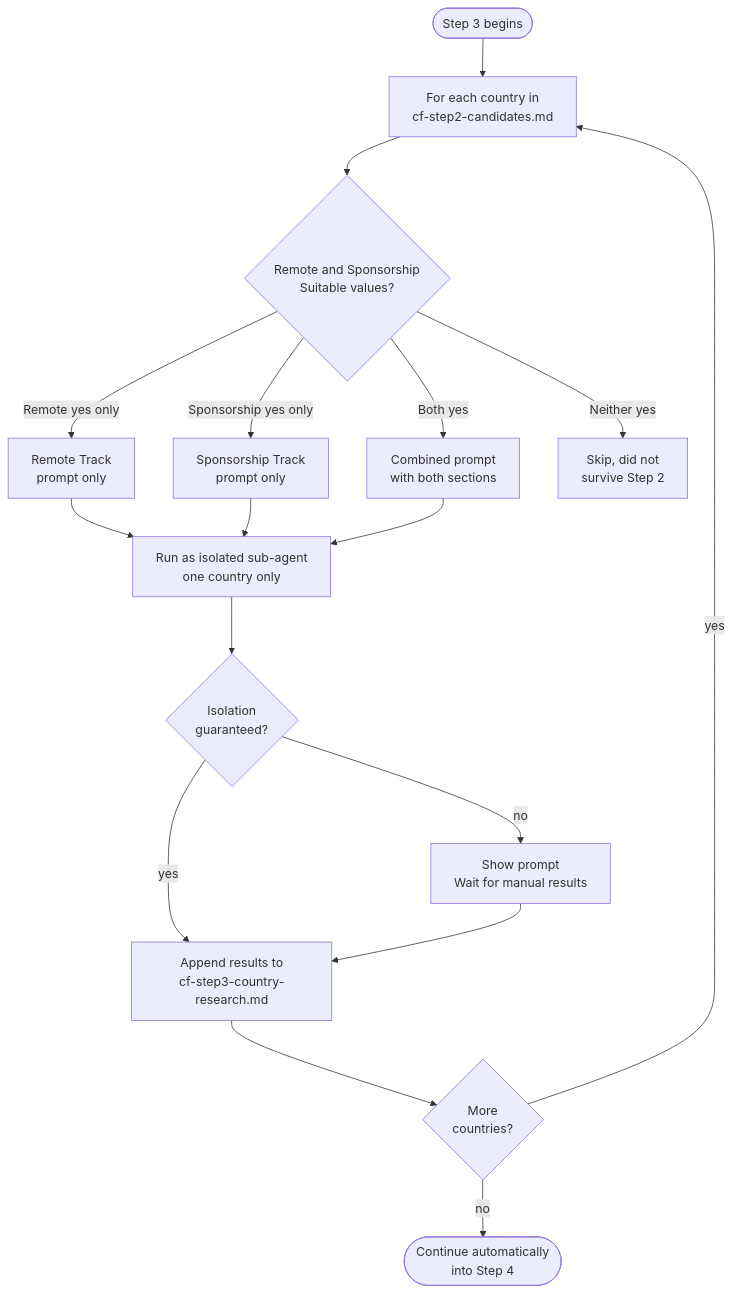
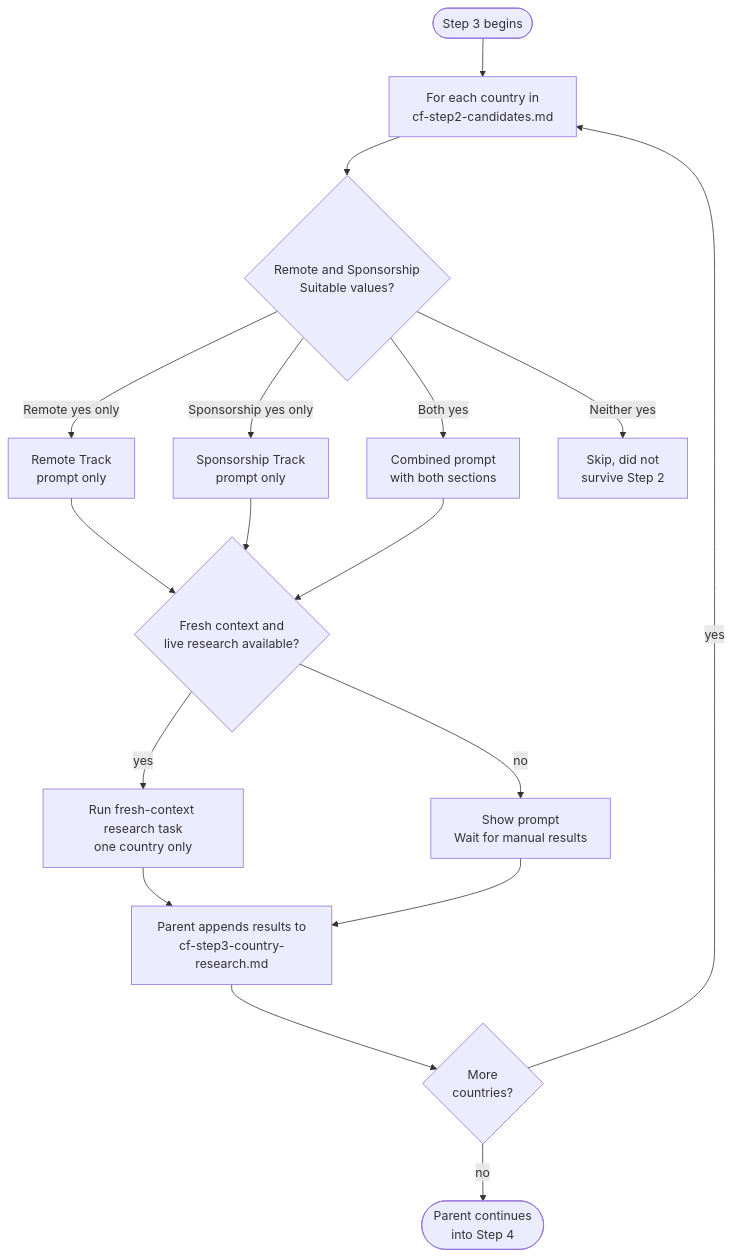
One commit to myowinthein/agent-compass changed the diagram in docs/commands/country-finder/step3-research-prompt-generator.md. Above: the diagram before and after it, drawn with Mermaid. The commit also changed other lines of this file and 41 other files, not shown here.

Commit message:
fix(workflows): fix shared workflow research and results

````diff
--- a/docs/commands/country-finder/step3-research-prompt-generator.md
+++ b/docs/commands/country-finder/step3-research-prompt-generator.md
@@ -14,19 +14,19 @@
 ```mermaid
 flowchart TD
   Start([Step 3 begins]) --> ForEach[For each country in\ncf-step2-candidates.md]
   ForEach --> TrackCheck{Remote and Sponsorship\nSuitable values?}
   TrackCheck -->|Remote yes only| RemoteP[Remote Track\nprompt only]
   TrackCheck -->|Sponsorship yes only| SponP[Sponsorship Track\nprompt only]
   TrackCheck -->|Both yes| Combined[Combined prompt\nwith both sections]
   TrackCheck -->|Neither yes| SkipCountry[Skip, did not\nsurvive Step 2]
-  RemoteP --> RunAgent[Run as isolated sub-agent\none country only]
-  SponP --> RunAgent
-  Combined --> RunAgent
-  RunAgent --> Isolate{Isolation\nguaranteed?}
-  Isolate -->|yes| Append[Append results to\ncf-step3-country-research.md]
-  Isolate -->|no| Manual[Show prompt\nWait for manual results]
+  RemoteP --> Capability{Fresh context and\nlive research available?}
+  SponP --> Capability
+  Combined --> Capability
+  Capability -->|yes| RunAgent[Run fresh-context research task\none country only]
+  RunAgent --> Append[Parent appends results to\ncf-step3-country-research.md]
+  Capability -->|no| Manual[Show prompt\nWait for manual results]
   Manual --> Append
   Append --> More{More\ncountries?}
   More -->|yes| ForEach
-  More -->|no| Done([Continue automatically\ninto Step 4])
+  More -->|no| Done([Parent continues\ninto Step 4])
 ```
````
